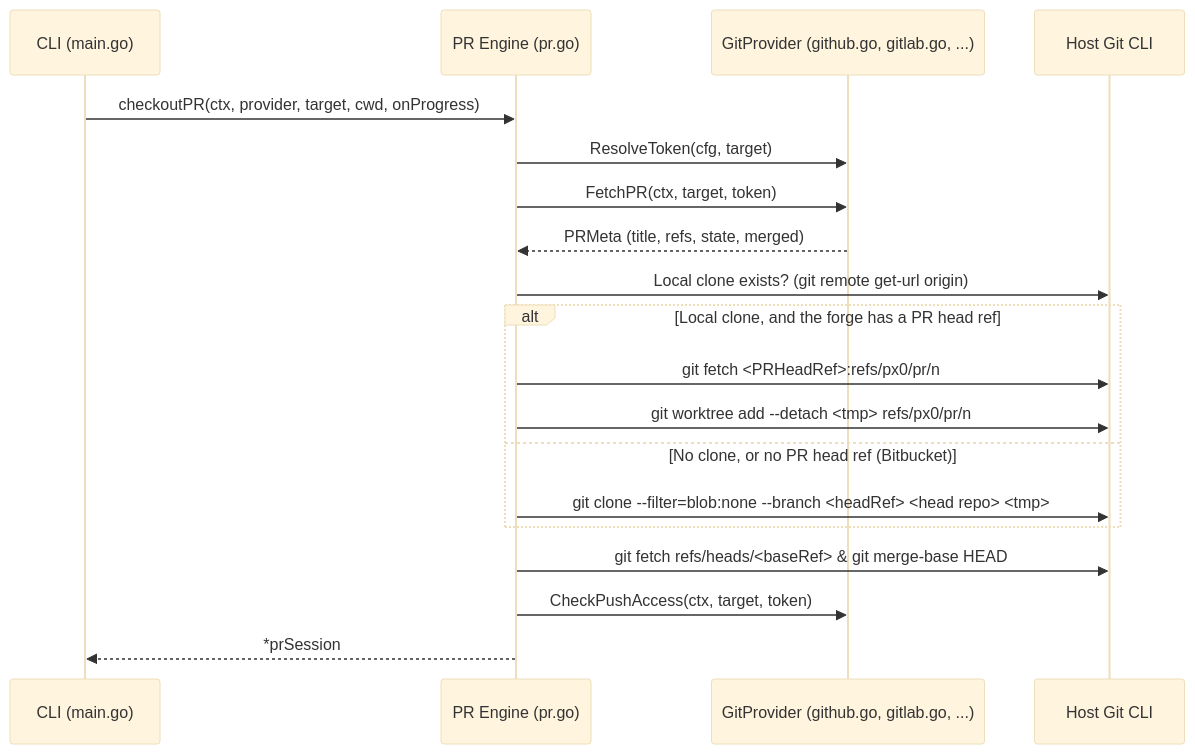
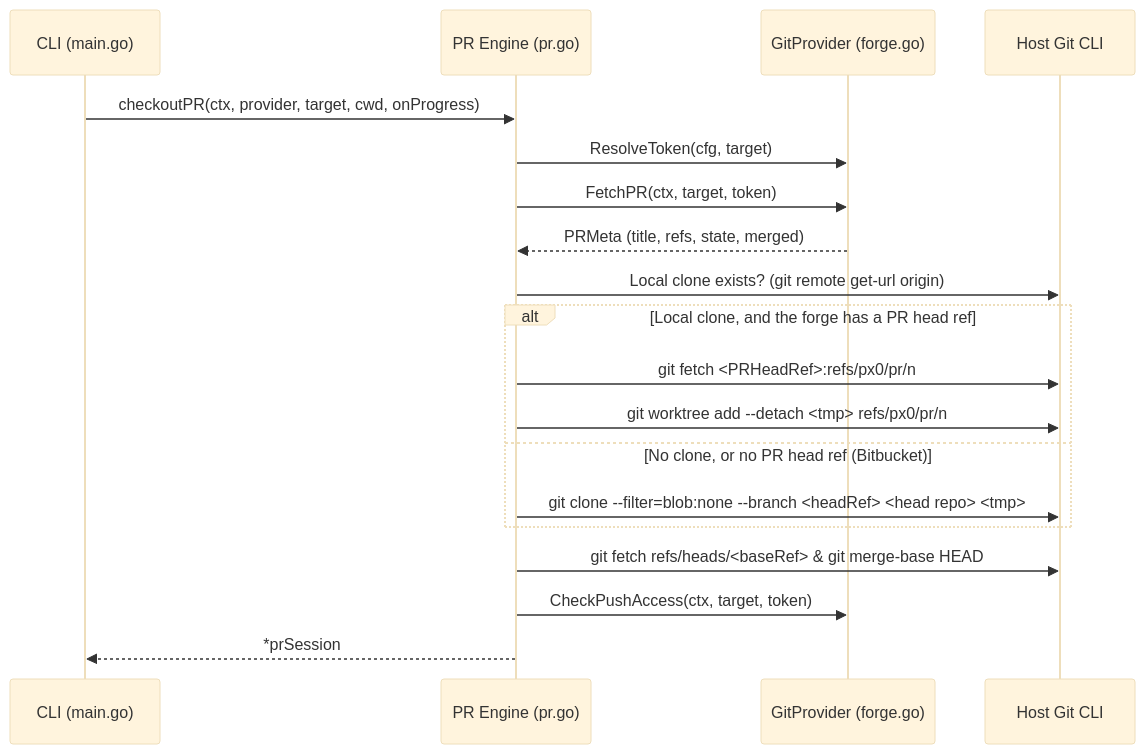
The diagram in docs/internals/github-pr-review.md (Achal-Aggarwal/px0), drawn with Mermaid (base theme) before and after one commit. The commit also changed other lines of this file and 24 other files, not shown here.

````diff
--- a/docs/internals/github-pr-review.md
+++ b/docs/internals/github-pr-review.md
@@ -96,22 +96,22 @@
 ```mermaid
 sequenceDiagram
     participant CLI as CLI (main.go)
     participant PR as PR Engine (pr.go)
-    participant Prov as GitProvider (github.go, gitlab.go, ...)
+    participant Prov as GitProvider (forge.go)
     participant Git as Host Git CLI
 
     CLI->>PR: checkoutPR(ctx, provider, target, cwd, onProgress)
     PR->>Prov: ResolveToken(cfg, target)
     PR->>Prov: FetchPR(ctx, target, token)
     Prov-->>PR: PRMeta (title, refs, state, merged)
     PR->>Git: Local clone exists? (git remote get-url origin)
     alt Local clone, and the forge has a PR head ref
         PR->>Git: git fetch <PRHeadRef>:refs/px0/pr/n
         PR->>Git: git worktree add --detach <tmp> refs/px0/pr/n
     else No clone, or no PR head ref (Bitbucket)
         PR->>Git: git clone --filter=blob:none --branch <headRef> <head repo> <tmp>
     end
     PR->>Git: git fetch refs/heads/<baseRef> & git merge-base HEAD
     PR->>Prov: CheckPushAccess(ctx, target, token)
     PR-->>CLI: *prSession
 ```
````
